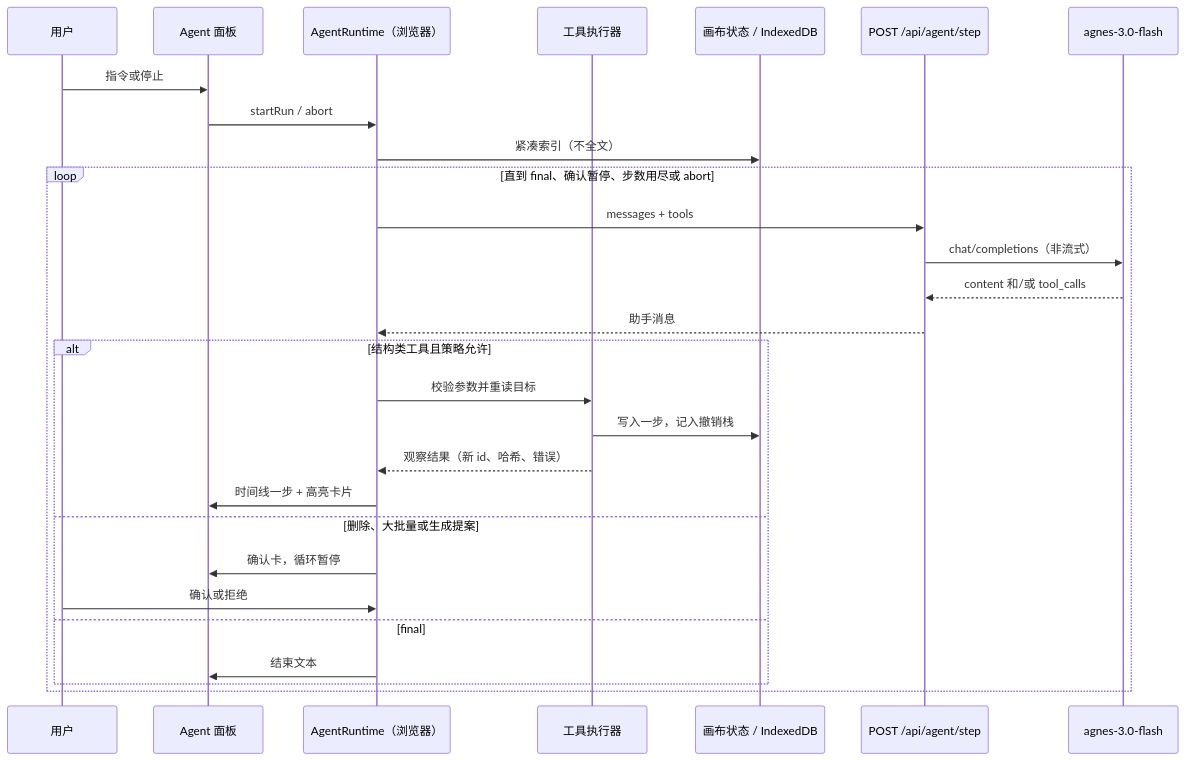
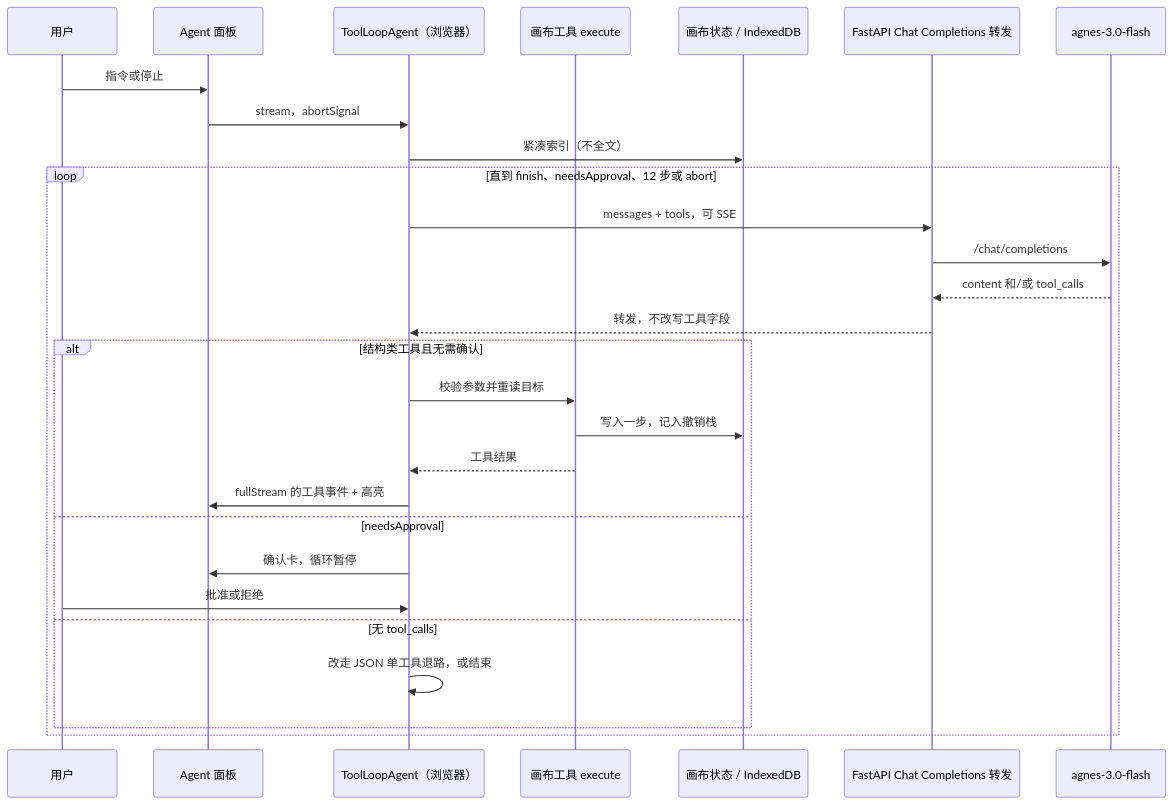
Before and after one commit to NOYESCLUBAI/juyinghai-canvas: the second of 3 diagrams in docs/agent-canvas-roadmap.md, drawn with Mermaid. The commit also changed other lines of this file, not shown here.

First line of the commit message:
Document the agent framework choice for the P0 loop.

````diff
--- a/docs/agent-canvas-roadmap.md
+++ b/docs/agent-canvas-roadmap.md
@@ -337,31 +400,31 @@
 ```mermaid
 sequenceDiagram
   participant User as 用户
   participant Panel as Agent 面板
-  participant Runtime as AgentRuntime（浏览器）
-  participant Tools as 工具执行器
+  participant SDK as ToolLoopAgent（浏览器）
+  participant Tools as 画布工具 execute
   participant Canvas as 画布状态 / IndexedDB
-  participant API as POST /api/agent/step
+  participant API as FastAPI Chat Completions 转发
   participant Agnes as agnes-3.0-flash
 
   User->>Panel: 指令或停止
-  Panel->>Runtime: startRun / abort
-  Runtime->>Canvas: 紧凑索引（不全文）
-  loop 直到 final、确认暂停、步数用尽或 abort
-    Runtime->>API: messages + tools
-    API->>Agnes: chat/completions（非流式）
+  Panel->>SDK: stream，abortSignal
+  SDK->>Canvas: 紧凑索引（不全文）
+  loop 直到 finish、needsApproval、12 步或 abort
+    SDK->>API: messages + tools，可 SSE
+    API->>Agnes: /chat/completions
     Agnes-->>API: content 和/或 tool_calls
-    API-->>Runtime: 助手消息
-    alt 结构类工具且策略允许
-      Runtime->>Tools: 校验参数并重读目标
+    API-->>SDK: 转发，不改写工具字段
+    alt 结构类工具且无需确认
+      SDK->>Tools: 校验参数并重读目标
       Tools->>Canvas: 写入一步，记入撤销栈
-      Tools-->>Runtime: 观察结果（新 id、哈希、错误）
-      Runtime->>Panel: 时间线一步 + 高亮卡片
-    else 删除、大批量或生成提案
-      Runtime->>Panel: 确认卡，循环暂停
-      User->>Runtime: 确认或拒绝
-    else final
-      Runtime->>Panel: 结束文本
+      Tools-->>SDK: 工具结果
+      SDK->>Panel: fullStream 的工具事件 + 高亮
+    else needsApproval
+      SDK->>Panel: 确认卡，循环暂停
+      User->>SDK: 批准或拒绝
+    else 无 tool_calls
+      SDK->>SDK: 改走 JSON 单工具退路，或结束
     end
   end
 ```
````
